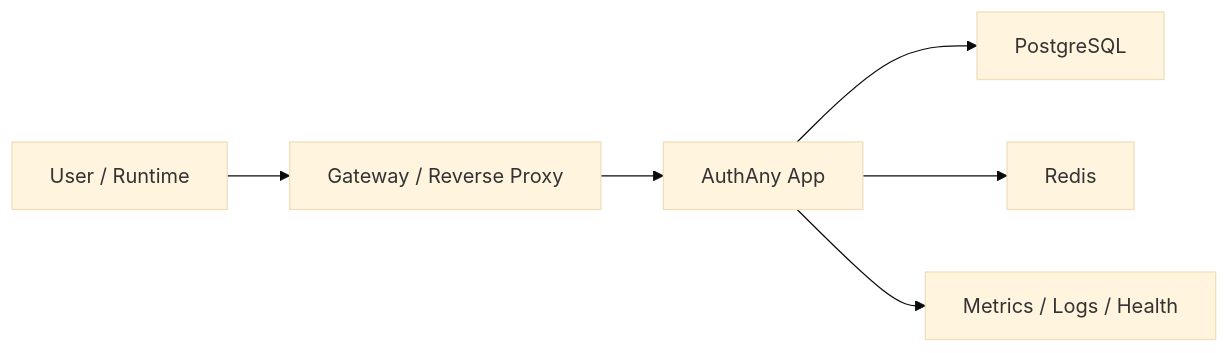
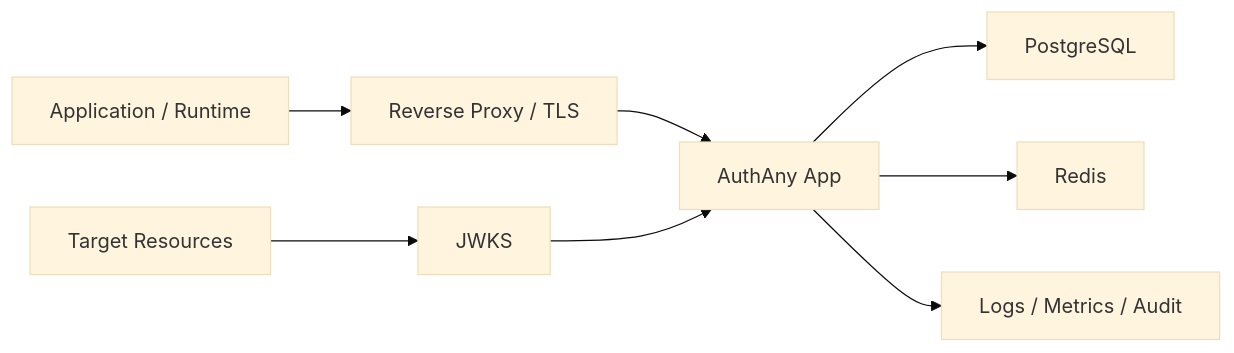
One commit to renxqoo/Authany changed the diagram in specs/12-OPS-AND-DEPLOYMENT.md. Above: the diagram before and after it, drawn with Mermaid (base theme). The commit also changed other lines of this file and 310 other files, not shown here.

Commit message:
feat: harden security flows and reorganize example apps

````diff
--- a/specs/12-OPS-AND-DEPLOYMENT.md
+++ b/specs/12-OPS-AND-DEPLOYMENT.md
@@ -52,8 +22,10 @@
 ```mermaid
 flowchart LR
-    USER["User / Runtime"] --> GW["Gateway / Reverse Proxy"]
+    CALLER["Application / Runtime"] --> GW["Reverse Proxy / TLS"]
     GW --> APP["AuthAny App"]
     APP --> DB["PostgreSQL"]
     APP --> REDIS["Redis"]
-    APP --> OBS["Metrics / Logs / Health"]
+    APP --> OBS["Logs / Metrics / Audit"]
+    TARGET["Target Resources"] --> JWKS["JWKS"]
+    JWKS --> APP
 ```
````
